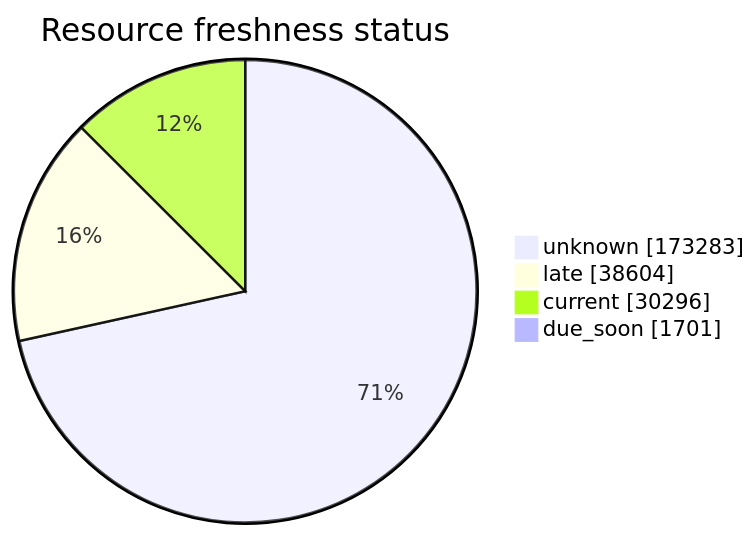
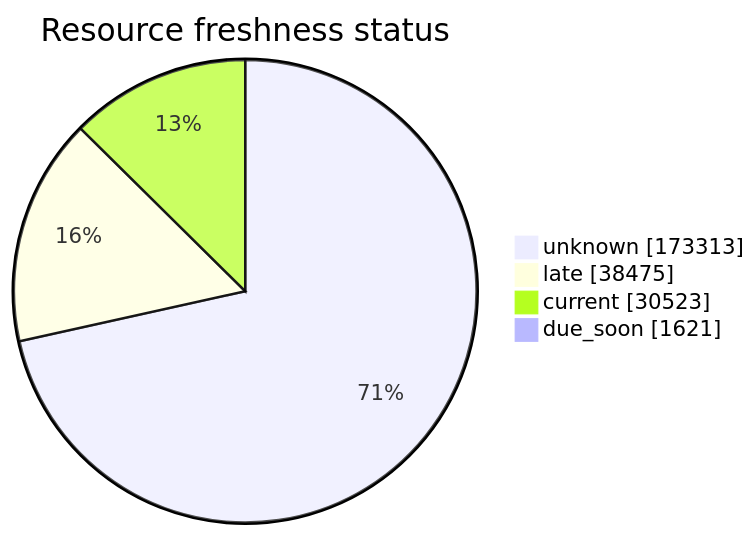
The third of 5 diagrams in FreshCheck/README.md (open-data/analytics-corporate-reporting), drawn with Mermaid before and after one commit. The commit also changed other lines of this file and 3 other files, not shown here.

````diff
--- a/FreshCheck/README.md
+++ b/FreshCheck/README.md
@@ -77,7 +77,7 @@
 ```mermaid
 pie showData title Resource freshness status
-    "unknown": 173283
-    "late": 38604
-    "current": 30296
-    "due_soon": 1701
+    "unknown": 173313
+    "late": 38475
+    "current": 30523
+    "due_soon": 1621
 ```
````
